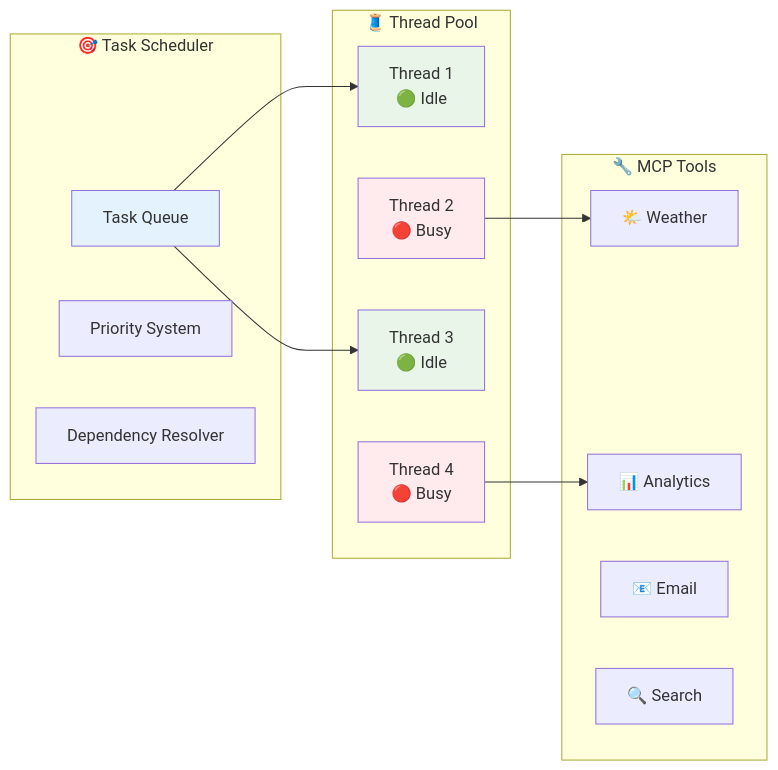
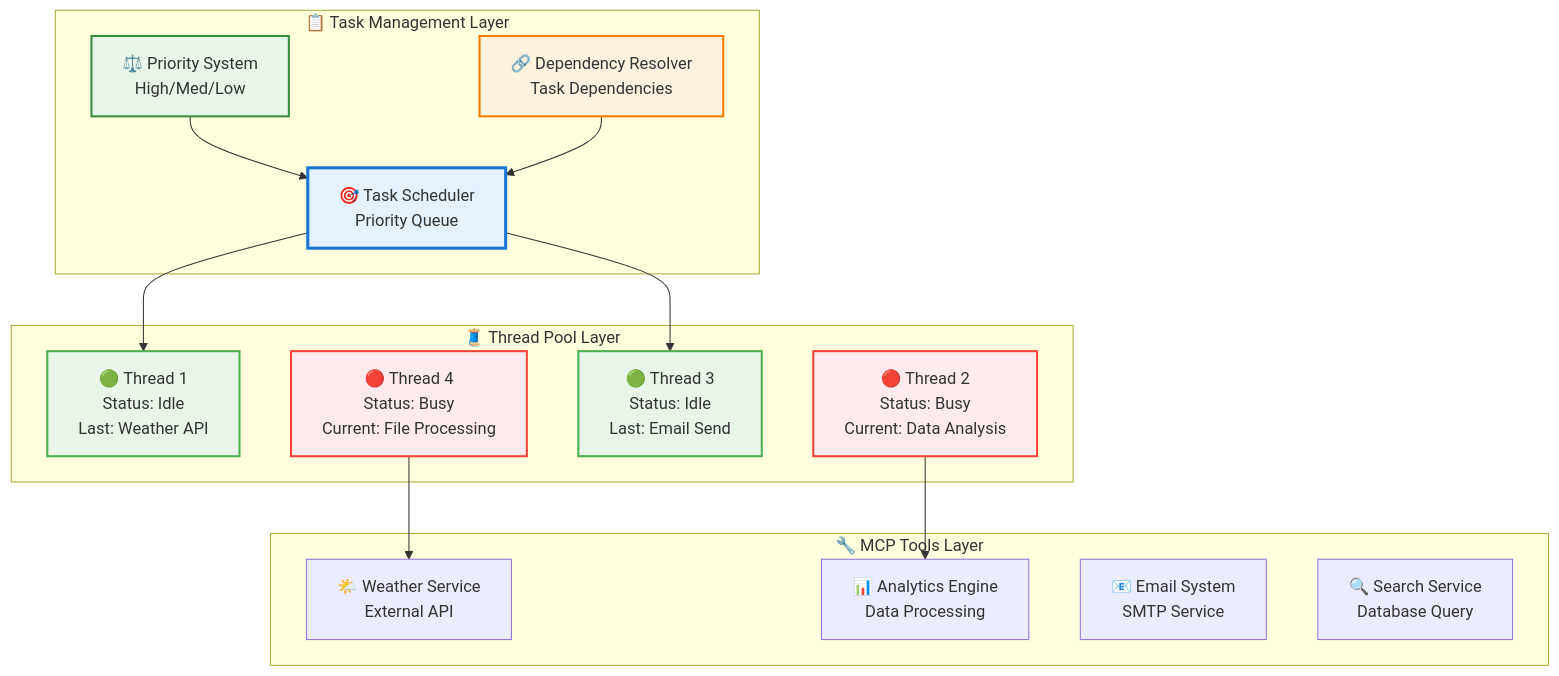
One commit to CodingButter/advanced-mcp-client changed the sixth of 9 diagrams in README.md. Above: the diagram before and after it, drawn with Mermaid. The commit also changed other lines of this file, not shown here.

First line of the commit message:
📊 Enhance diagrams: Larger, stacked sequence and architecture diagrams

````diff
--- a/README.md
+++ b/README.md
@@ -203,33 +196,38 @@
 ```mermaid
-graph LR
-    subgraph "🎯 Task Scheduler"
-        TS[Task Queue]
-        PS[Priority System]
-        DS[Dependency Resolver]
+graph TB
+    subgraph "📋 Task Management Layer"
+        TS[🎯 Task Scheduler<br/>Priority Queue]
+        PS[⚖️ Priority System<br/>High/Med/Low]
+        DS[🔗 Dependency Resolver<br/>Task Dependencies]
     end
     
-    subgraph "🧵 Thread Pool"
-        T1[Thread 1<br/>🟢 Idle]
-        T2[Thread 2<br/>🔴 Busy]
-        T3[Thread 3<br/>🟢 Idle]
-        T4[Thread 4<br/>🔴 Busy]
+    subgraph "🧵 Thread Pool Layer"
+        T1[🟢 Thread 1<br/>Status: Idle<br/>Last: Weather API]
+        T2[🔴 Thread 2<br/>Status: Busy<br/>Current: Data Analysis]
+        T3[🟢 Thread 3<br/>Status: Idle<br/>Last: Email Send]
+        T4[🔴 Thread 4<br/>Status: Busy<br/>Current: File Processing]
     end
     
-    subgraph "🔧 MCP Tools"
-        MT1[🌤️ Weather]
-        MT2[📊 Analytics]
-        MT3[📧 Email]
-        MT4[🔍 Search]
+    subgraph "🔧 MCP Tools Layer"
+        MT1[🌤️ Weather Service<br/>External API]
+        MT2[📊 Analytics Engine<br/>Data Processing]
+        MT3[📧 Email System<br/>SMTP Service]
+        MT4[🔍 Search Service<br/>Database Query]
     end
     
     TS --> T1
     TS --> T3
-    T2 --> MT1
-    T4 --> MT2
+    PS --> TS
+    DS --> TS
     
-    style TS fill:#e3f2fd
-    style T1 fill:#e8f5e8
-    style T2 fill:#ffebee
-    style T3 fill:#e8f5e8
-    style T4 fill:#ffebee
+    T2 --> MT2
+    T4 --> MT1
+    
+    style TS fill:#e3f2fd,stroke:#1976d2,stroke-width:3px
+    style PS fill:#e8f5e8,stroke:#388e3c,stroke-width:2px
+    style DS fill:#fff3e0,stroke:#f57c00,stroke-width:2px
+    style T1 fill:#e8f5e8,stroke:#4caf50,stroke-width:2px
+    style T2 fill:#ffebee,stroke:#f44336,stroke-width:2px
+    style T3 fill:#e8f5e8,stroke:#4caf50,stroke-width:2px
+    style T4 fill:#ffebee,stroke:#f44336,stroke-width:2px
 ```
````
